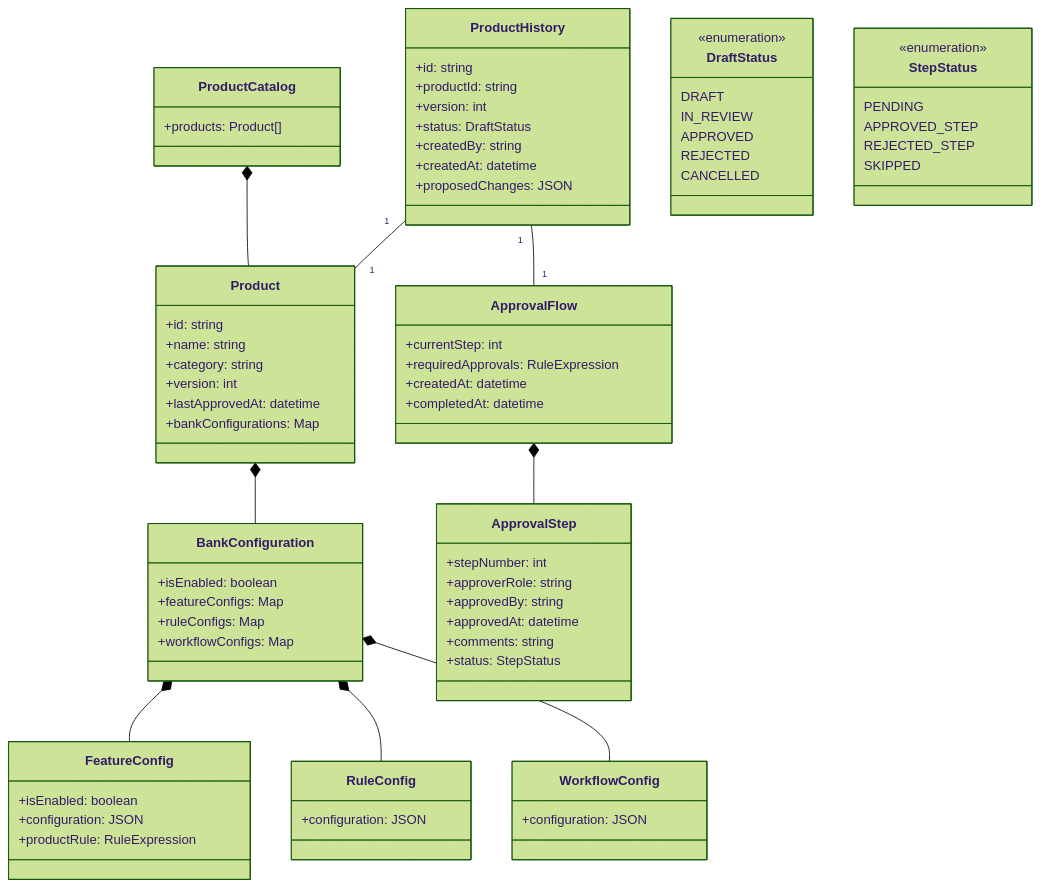
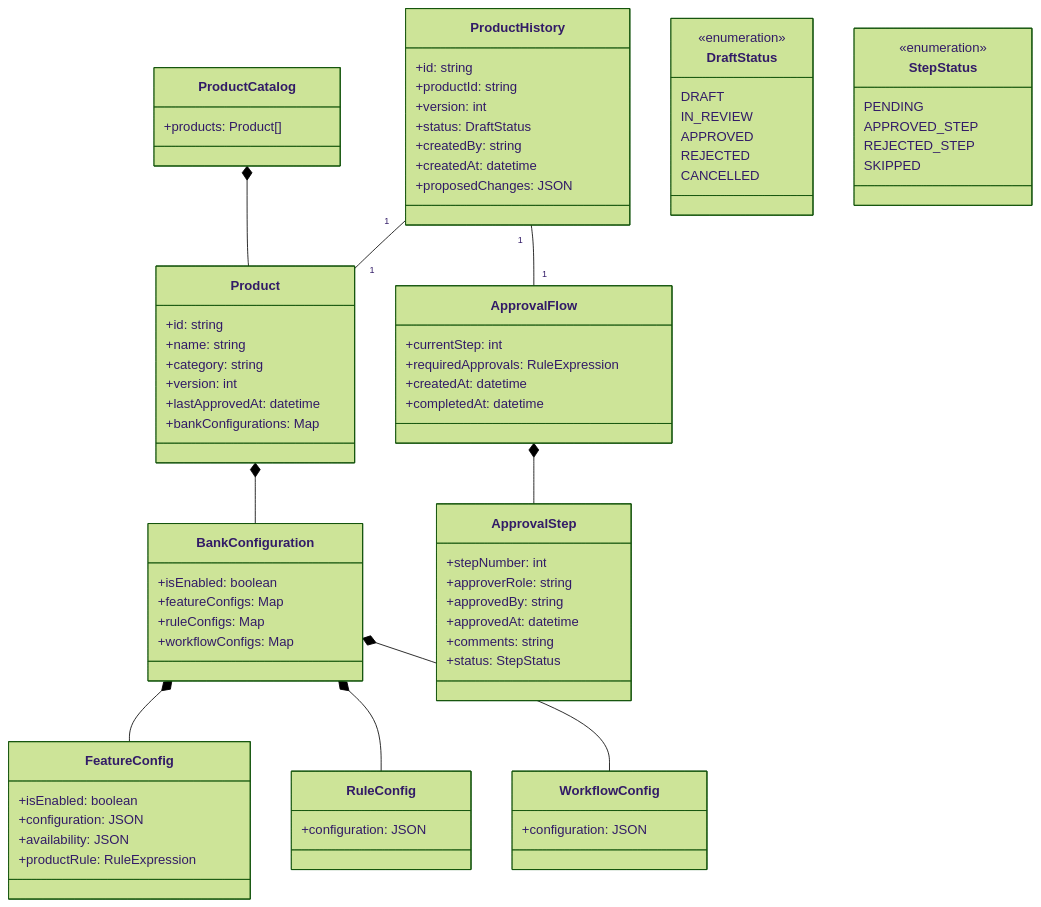
The diagram in workflow/workflow-simpl.mermaid (danielssonn/tres), drawn with Mermaid (forest theme) before and after one commit.

```diff
--- a/workflow/workflow-simpl.mermaid
+++ b/workflow/workflow-simpl.mermaid
@@ -1,91 +1,92 @@
 classDiagram
     %% Live Catalog (only approved versions)
     ProductCatalog *-- Product
     Product *-- BankConfiguration
     BankConfiguration *-- FeatureConfig
     BankConfiguration *-- RuleConfig
     BankConfiguration *-- WorkflowConfig
 
     %% Change Management (separate)
     ProductHistory "1" -- "1" Product
     ProductHistory "1" -- "1" ApprovalFlow
     ApprovalFlow *-- ApprovalStep
 
     class ProductCatalog {
         +products: Product[]
     }
 
     class Product {
         +id: string
         +name: string
         +category: string
         +version: int
         +lastApprovedAt: datetime
         +bankConfigurations: Map<BankId, BankConfiguration>
     }
 
     class BankConfiguration {
         +isEnabled: boolean
         +featureConfigs: Map<FeatureId, FeatureConfig>
         +ruleConfigs: Map<RuleId, RuleConfig>
         +workflowConfigs: Map<WorkflowId, WorkflowConfig>
     }
 
     class FeatureConfig {
         +isEnabled: boolean
         +configuration: JSON
+        +availability: JSON
         +productRule: RuleExpression
     }
 
     class RuleConfig {
         +configuration: JSON
     }
 
     class WorkflowConfig {
         +configuration: JSON
     }
 
     class ProductHistory {
         +id: string
         +productId: string
         +version: int
         +status: DraftStatus
         +createdBy: string
         +createdAt: datetime
         +proposedChanges: JSON
     }
 
     class ApprovalFlow {
         +currentStep: int
         +requiredApprovals: RuleExpression
         +createdAt: datetime
         +completedAt: datetime
     }
 
     class ApprovalStep {
         +stepNumber: int
         +approverRole: string
         +approvedBy: string
         +approvedAt: datetime
         +comments: string
         +status: StepStatus
     }
 
     class DraftStatus {
         <<enumeration>>
         DRAFT
         IN_REVIEW
         APPROVED
         REJECTED
         CANCELLED
     }
 
     class StepStatus {
         <<enumeration>>
         PENDING
         APPROVED_STEP
         REJECTED_STEP
         SKIPPED
     }
 
 Sent from my iPhone
```
